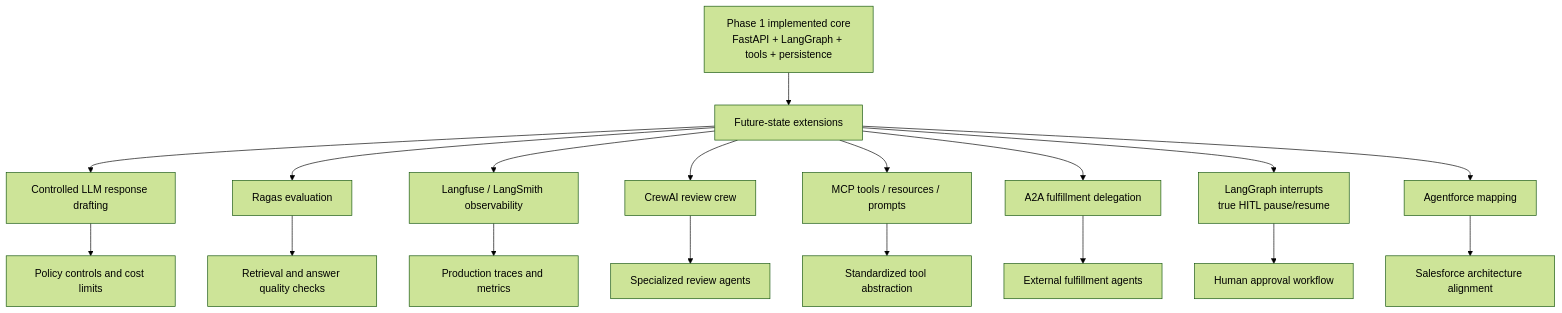
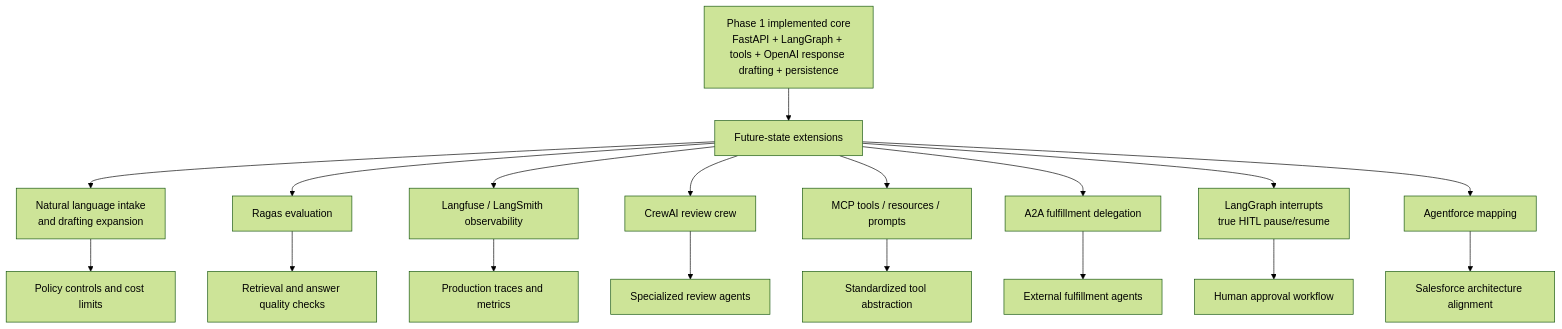
One commit to rajkasumarthi-Strideflow/LangGraph-agentic-flow changed the sixth of 6 diagrams in docs/diagrams.md. Above: the diagram before and after it, drawn with Mermaid (forest theme). The commit also changed other lines of this file and 10 other files, not shown here.

````diff
--- a/docs/diagrams.md
+++ b/docs/diagrams.md
@@ -153,22 +153,22 @@
 ```mermaid
 flowchart TD
-    Phase1["Phase 1 implemented core<br/>FastAPI + LangGraph + tools + persistence"] --> Future["Future-state extensions"]
+    Phase1["Phase 1 implemented core<br/>FastAPI + LangGraph + tools + OpenAI response drafting + persistence"] --> Future["Future-state extensions"]
 
-    Future --> LLM["Controlled LLM response drafting"]
+    Future --> LLM["Natural language intake<br/>and drafting expansion"]
     Future --> Ragas["Ragas evaluation"]
     Future --> Observability["Langfuse / LangSmith observability"]
     Future --> CrewAI["CrewAI review crew"]
     Future --> MCP["MCP tools / resources / prompts"]
     Future --> A2A["A2A fulfillment delegation"]
     Future --> Interrupts["LangGraph interrupts<br/>true HITL pause/resume"]
     Future --> Agentforce["Agentforce mapping"]
 
     LLM --> Governance["Policy controls and cost limits"]
     Ragas --> Quality["Retrieval and answer quality checks"]
     Observability --> Traceability["Production traces and metrics"]
     CrewAI --> Review["Specialized review agents"]
     MCP --> Tooling["Standardized tool abstraction"]
     A2A --> Fulfillment["External fulfillment agents"]
     Interrupts --> HITL["Human approval workflow"]
     Agentforce --> Salesforce["Salesforce architecture alignment"]
 ```
````
